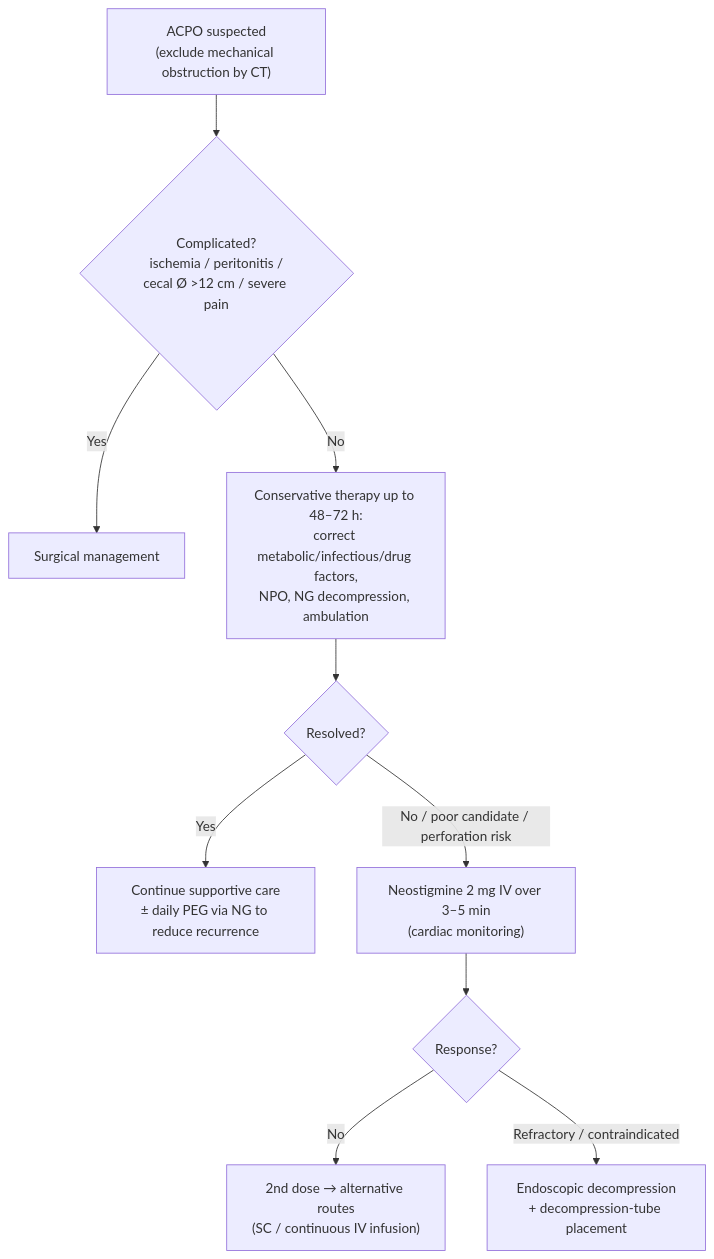
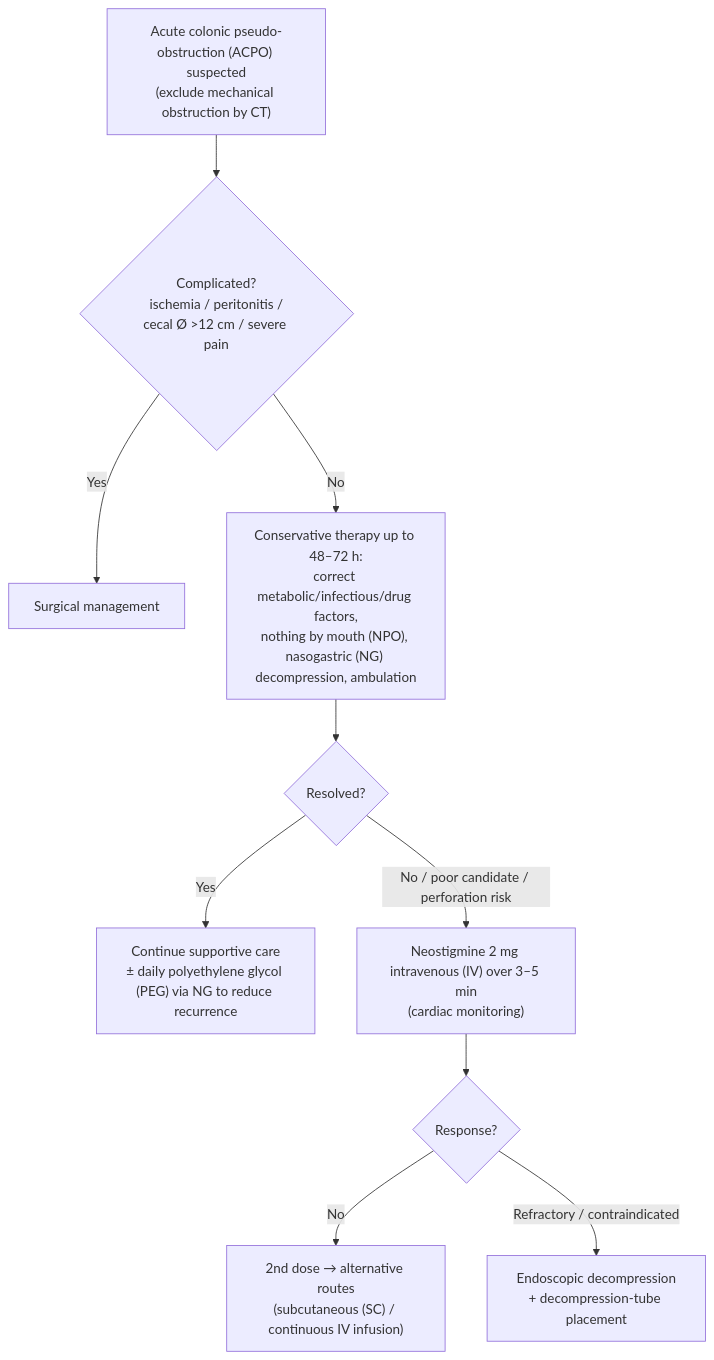
The diagram in KHNL-GI-Wiki/wiki/1-disease-scripts/colorectal-diseases/functional-motility/acute-colonic-pseudo-obstruction.md (KHNickLeMD/KHNL-GI-Wiki), drawn with Mermaid before and after one commit. The commit also changed other lines of this file and 620 other files, not shown here.

````diff
--- a/KHNL-GI-Wiki/wiki/1-disease-scripts/colorectal-diseases/functional-motility/acute-colonic-pseudo-obstruction.md
+++ b/KHNL-GI-Wiki/wiki/1-disease-scripts/colorectal-diseases/functional-motility/acute-colonic-pseudo-obstruction.md
@@ -54,12 +54,12 @@
 ```mermaid
 flowchart TD
-    A["ACPO suspected<br/>(exclude mechanical obstruction by CT)"] --> B{"Complicated?<br/>ischemia / peritonitis /<br/>cecal Ø >12 cm / severe pain"}
+    A["Acute colonic pseudo-obstruction (ACPO) suspected<br/>(exclude mechanical obstruction by CT)"] --> B{"Complicated?<br/>ischemia / peritonitis /<br/>cecal Ø >12 cm / severe pain"}
     B -- Yes --> S["Surgical management"]
-    B -- No --> C["Conservative therapy up to 48–72 h:<br/>correct metabolic/infectious/drug factors,<br/>NPO, NG decompression, ambulation"]
+    B -- No --> C["Conservative therapy up to 48–72 h:<br/>correct metabolic/infectious/drug factors,<br/>nothing by mouth (NPO), nasogastric (NG) decompression, ambulation"]
     C --> D{"Resolved?"}
-    D -- Yes --> E["Continue supportive care<br/>± daily PEG via NG to reduce recurrence"]
-    D -- No / poor candidate / perforation risk --> F["Neostigmine 2 mg IV over 3–5 min<br/>(cardiac monitoring)"]
+    D -- Yes --> E["Continue supportive care<br/>± daily polyethylene glycol (PEG) via NG to reduce recurrence"]
+    D -- No / poor candidate / perforation risk --> F["Neostigmine 2 mg intravenous (IV) over 3–5 min<br/>(cardiac monitoring)"]
     F --> G{"Response?"}
-    G -- No --> H["2nd dose → alternative routes<br/>(SC / continuous IV infusion)"]
+    G -- No --> H["2nd dose → alternative routes<br/>(subcutaneous (SC) / continuous IV infusion)"]
     G -- Refractory / contraindicated --> I["Endoscopic decompression<br/>+ decompression-tube placement"]
 ```
````
